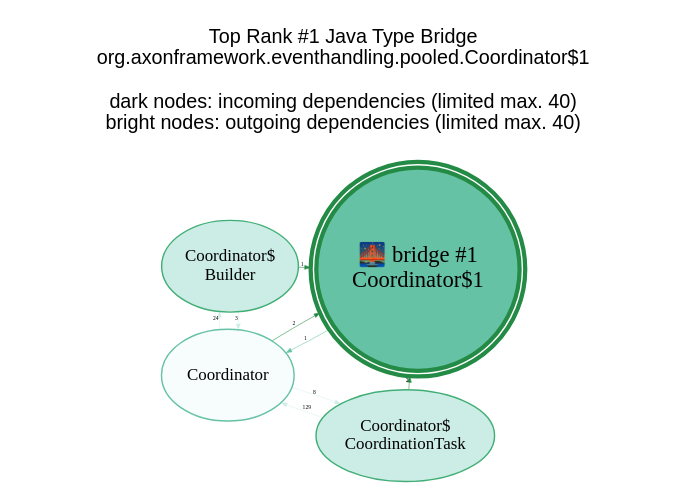
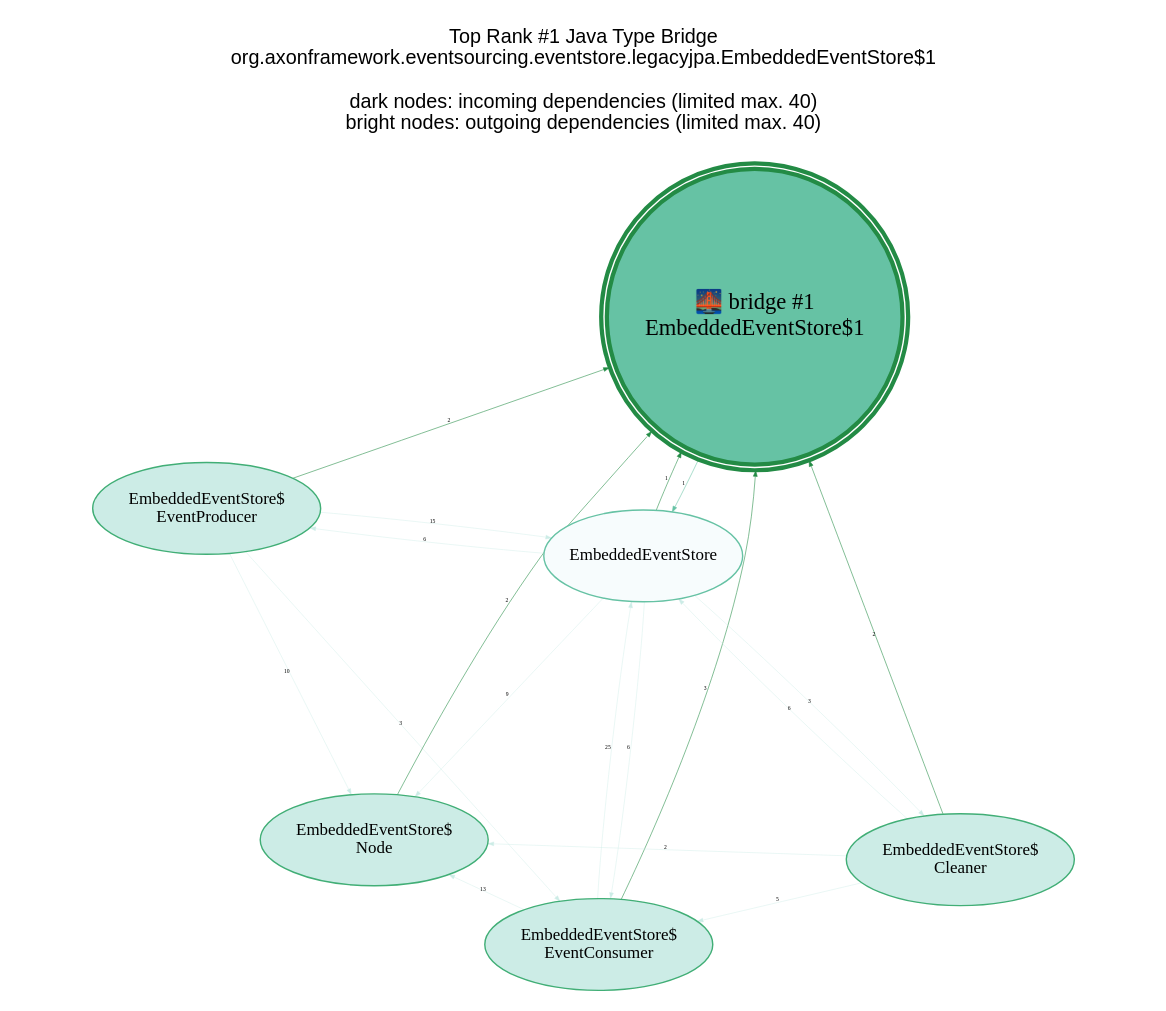
The diagram in analysis-results/AxonFramework/latest/anomaly-detection/Java_Type/GraphVisualizations/graphviz/TopBridge1.gv (JohT/code-graph-analysis-examples), drawn with Graphviz before and after one commit. The commit also changed 631 other files, not shown here.

```diff
--- a/analysis-results/AxonFramework/latest/anomaly-detection/Java_Type/GraphVisualizations/graphviz/TopBridge1.gv
+++ b/analysis-results/AxonFramework/latest/anomaly-detection/Java_Type/GraphVisualizations/graphviz/TopBridge1.gv
@@ -1,25 +1,35 @@
 // This GraphViz dot file was generated by the script convertQueryResultCsvToGraphVizDotFile.sh with TopCentral.template
 
 strict digraph TopBridge1 {
     graph [layout = "fdp"; start = "7"; splines = "spline"; pad = "0.8,0.1"; outputorder = "edgesfirst";];
     graph [fontname = "Helvetica,Arial,sans-serif"; labelloc = "t";];
     node [colorscheme = "bugn9"; color = 6; fillcolor = 3;];
     edge [colorscheme = "bugn9"; color = 7;];
     node [fontsize = 12; style = "filled"; margin = "0.03,0.03"; width="1.3"; height="0.9";];
     edge [fontsize = 4; arrowsize = "0.4";];
 
     central [shape = "doublecircle"; height = "2.0"; margin = "0.000001,0.000001";];
     central [fontsize = 16;];
     central [color = 7; fillcolor = 5; penwidth = 3;];
 
-	graph   [label="Top Rank #1 Java Type Bridge\norg.axonframework.eventhandling.pooled.Coordinator$1\n\ndark nodes: incoming dependencies (limited max. 40)\nbright nodes: outgoing dependencies (limited max. 40)\n\n"];
-	central [label="🌉 bridge #1\nCoordinator$1"];
-	"Coordinator_34625" [label = "Coordinator"; ]; "Coordinator_34625" -> central [label=2; weight=2; penwidth=0.4];
-	"Coordinator$CoordinationTask_34627" [label = "Coordinator$\nCoordinationTask"; ]; "Coordinator$CoordinationTask_34627" -> central [label=2; weight=2; penwidth=0.4];
-	"Coordinator$Builder_34626" [label = "Coordinator$\nBuilder"; ]; "Coordinator$Builder_34626" -> central [label=1; weight=1; penwidth=0.4];
-	"Coordinator_34625" [label = "Coordinator"; color = 5; fillcolor = 1; ]; central -> "Coordinator_34625" [label=1; weight=1; penwidth=0.4; color = 5];
-	"Coordinator$CoordinationTask_34627" -> "Coordinator_34625" [label=129; weight=129; penwidth=0.3; color = 3]
-	"Coordinator_34625" -> "Coordinator$Builder_34626" [label=24; weight=24; penwidth=0.3; color = 3]
-	"Coordinator_34625" -> "Coordinator$CoordinationTask_34627" [label=8; weight=8; penwidth=0.3; color = 3]
-	"Coordinator$Builder_34626" -> "Coordinator_34625" [label=3; weight=3; penwidth=0.3; color = 3]
+	graph   [label="Top Rank #1 Java Type Bridge\norg.axonframework.eventsourcing.eventstore.legacyjpa.EmbeddedEventStore$1\n\ndark nodes: incoming dependencies (limited max. 40)\nbright nodes: outgoing dependencies (limited max. 40)\n\n"];
+	central [label="🌉 bridge #1\nEmbeddedEventStore$1"];
+	"EmbeddedEventStore$EventConsumer_12524" [label = "EmbeddedEventStore$\nEventConsumer"; ]; "EmbeddedEventStore$EventConsumer_12524" -> central [label=3; weight=3; penwidth=0.4];
+	"EmbeddedEventStore$Cleaner_12522" [label = "EmbeddedEventStore$\nCleaner"; ]; "EmbeddedEventStore$Cleaner_12522" -> central [label=2; weight=2; penwidth=0.4];
+	"EmbeddedEventStore$EventProducer_12525" [label = "EmbeddedEventStore$\nEventProducer"; ]; "EmbeddedEventStore$EventProducer_12525" -> central [label=2; weight=2; penwidth=0.4];
+	"EmbeddedEventStore$Node_12523" [label = "EmbeddedEventStore$\nNode"; ]; "EmbeddedEventStore$Node_12523" -> central [label=2; weight=2; penwidth=0.4];
+	"EmbeddedEventStore_12536" [label = "EmbeddedEventStore"; ]; "EmbeddedEventStore_12536" -> central [label=1; weight=1; penwidth=0.4];
+	"EmbeddedEventStore_12536" [label = "EmbeddedEventStore"; color = 5; fillcolor = 1; ]; central -> "EmbeddedEventStore_12536" [label=1; weight=1; penwidth=0.4; color = 5];
+	"EmbeddedEventStore$EventConsumer_12524" -> "EmbeddedEventStore_12536" [label=25; weight=25; penwidth=0.3; color = 3]
+	"EmbeddedEventStore$EventProducer_12525" -> "EmbeddedEventStore_12536" [label=15; weight=15; penwidth=0.3; color = 3]
+	"EmbeddedEventStore$EventConsumer_12524" -> "EmbeddedEventStore$Node_12523" [label=13; weight=13; penwidth=0.3; color = 3]
+	"EmbeddedEventStore$EventProducer_12525" -> "EmbeddedEventStore$Node_12523" [label=10; weight=10; penwidth=0.3; color = 3]
+	"EmbeddedEventStore_12536" -> "EmbeddedEventStore$Node_12523" [label=9; weight=9; penwidth=0.3; color = 3]
+	"EmbeddedEventStore_12536" -> "EmbeddedEventStore$EventConsumer_12524" [label=6; weight=6; penwidth=0.3; color = 3]
+	"EmbeddedEventStore_12536" -> "EmbeddedEventStore$EventProducer_12525" [label=6; weight=6; penwidth=0.3; color = 3]
+	"EmbeddedEventStore$Cleaner_12522" -> "EmbeddedEventStore_12536" [label=6; weight=6; penwidth=0.3; color = 3]
+	"EmbeddedEventStore$Cleaner_12522" -> "EmbeddedEventStore$EventConsumer_12524" [label=5; weight=5; penwidth=0.3; color = 3]
+	"EmbeddedEventStore_12536" -> "EmbeddedEventStore$Cleaner_12522" [label=3; weight=3; penwidth=0.3; color = 3]
+	"EmbeddedEventStore$EventProducer_12525" -> "EmbeddedEventStore$EventConsumer_12524" [label=3; weight=3; penwidth=0.3; color = 3]
+	"EmbeddedEventStore$Cleaner_12522" -> "EmbeddedEventStore$Node_12523" [label=2; weight=2; penwidth=0.3; color = 3]
 }
```
